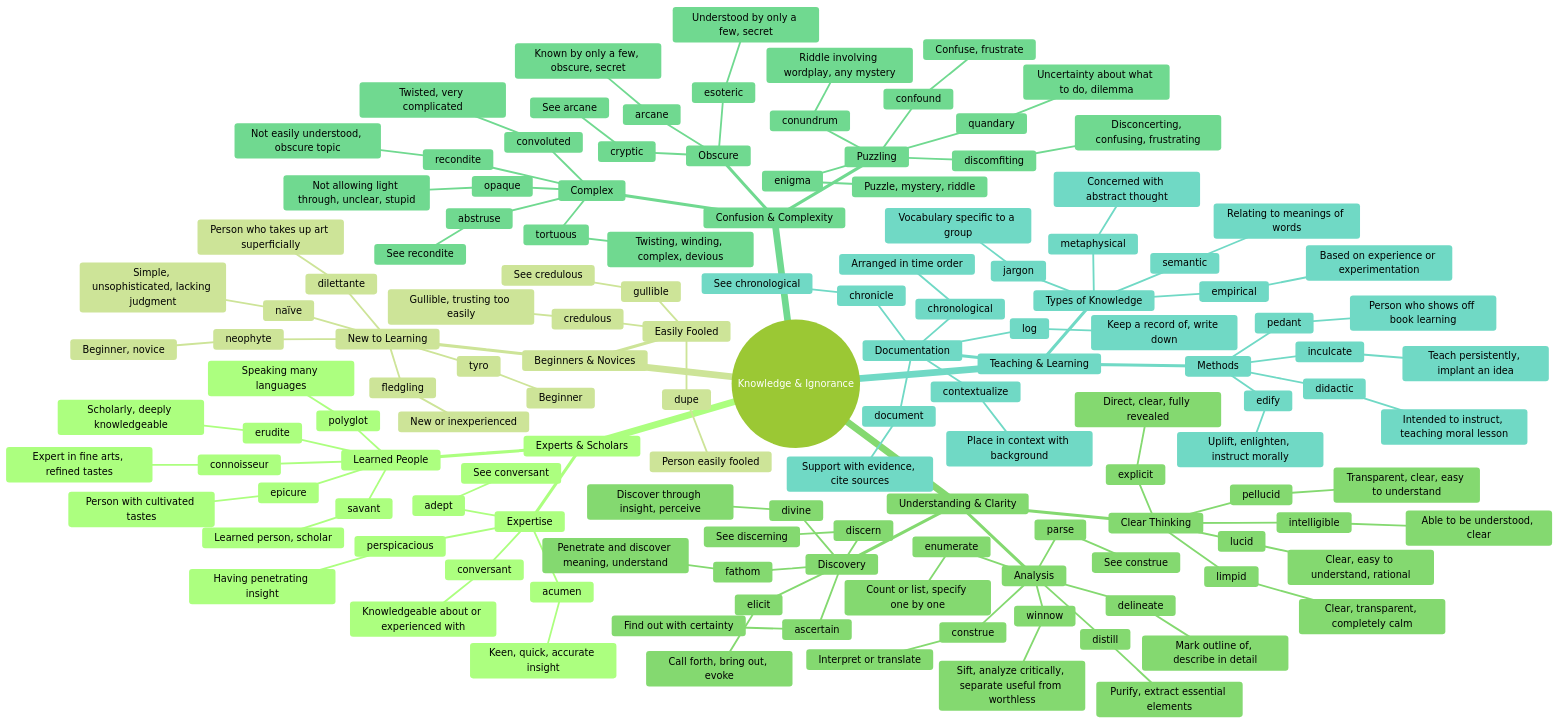
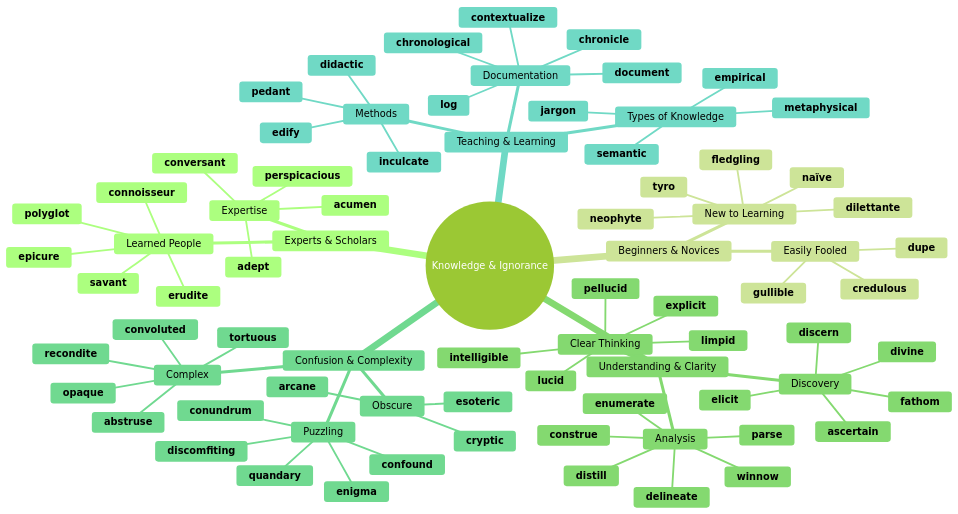
One commit to 95anantsingh/gre-preparation changed the first of 7 diagrams in mindmaps/12-knowledge-and-ignorance.md. Above: the diagram before and after it, drawn with Mermaid (forest theme). The commit also changed other lines of this file and 20 other files, not shown here.

````diff
--- a/mindmaps/12-knowledge-and-ignorance.md
+++ b/mindmaps/12-knowledge-and-ignorance.md
@@ -9,138 +7,79 @@
   root((Knowledge & Ignorance))
     Experts & Scholars
       Learned People
-        erudite
-          Scholarly, deeply knowledgeable
-        savant
-          Learned person, scholar
-        connoisseur
-          Expert in fine arts, refined tastes
-        epicure
-          Person with cultivated tastes
-        polyglot
-          Speaking many languages
+        **erudite**
+        **savant**
+        **connoisseur**
+        **epicure**
+        **polyglot**
       Expertise
-        conversant
-          Knowledgeable about or experienced with
-        adept
-          See conversant
-        acumen
-          Keen, quick, accurate insight
-        perspicacious
-          Having penetrating insight
+        **conversant**
+        **adept**
+        **acumen**
+        **perspicacious**
     Beginners & Novices
       New to Learning
-        neophyte
-          Beginner, novice
-        tyro
-          Beginner
-        fledgling
-          New or inexperienced
-        dilettante
-          Person who takes up art superficially
-        naïve
-          Simple, unsophisticated, lacking judgment
+        **neophyte**
+        **tyro**
+        **fledgling**
+        **dilettante**
+        **naïve**
       Easily Fooled
-        credulous
-          Gullible, trusting too easily
-        dupe
-          Person easily fooled
-        gullible
-          See credulous
+        **credulous**
+        **dupe**
+        **gullible**
     Understanding & Clarity
       Clear Thinking
-        lucid
-          Clear, easy to understand, rational
-        pellucid
-          Transparent, clear, easy to understand
-        limpid
-          Clear, transparent, completely calm
-        intelligible
-          Able to be understood, clear
-        explicit
-          Direct, clear, fully revealed
+        **lucid**
+        **pellucid**
+        **limpid**
+        **intelligible**
+        **explicit**
       Discovery
-        ascertain
-          Find out with certainty
-        discern
-          See discerning
-        fathom
-          Penetrate and discover meaning, understand
-        divine
-          Discover through insight, perceive
-        elicit
-          Call forth, bring out, evoke
+        **ascertain**
+        **discern**
+        **fathom**
+        **divine**
+        **elicit**
       Analysis
-        winnow
-          Sift, analyze critically, separate useful from worthless
-        distill
-          Purify, extract essential elements
-        construe
-          Interpret or translate
-        parse
-          See construe
-        delineate
-          Mark outline of, describe in detail
-        enumerate
-          Count or list, specify one by one
+        **winnow**
+        **distill**
+        **construe**
+        **parse**
+        **delineate**
+        **enumerate**
     Confusion & Complexity
       Puzzling
-        enigma
-          Puzzle, mystery, riddle
-        conundrum
-          Riddle involving wordplay, any mystery
-        quandary
-          Uncertainty about what to do, dilemma
-        confound
-          Confuse, frustrate
-        discomfiting
-          Disconcerting, confusing, frustrating
+        **enigma**
+        **conundrum**
+        **quandary**
+        **confound**
+        **discomfiting**
       Complex
-        convoluted
-          Twisted, very complicated
-        tortuous
-          Twisting, winding, complex, devious
-        recondite
-          Not easily understood, obscure topic
-        abstruse
-          See recondite
-        opaque
-          Not allowing light through, unclear, stupid
+        **convoluted**
+        **tortuous**
+        **recondite**
+        **abstruse**
+        **opaque**
       Obscure
-        arcane
-          Known by only a few, obscure, secret
-        esoteric
-          Understood by only a few, secret
-        cryptic
-          See arcane
+        **arcane**
+        **esoteric**
+        **cryptic**
     Teaching & Learning
       Methods
-        didactic
-          Intended to instruct, teaching moral lesson
-        edify
-          Uplift, enlighten, instruct morally
-        inculcate
-          Teach persistently, implant an idea
-        pedant
-          Person who shows off book learning
+        **didactic**
+        **edify**
+        **inculcate**
+        **pedant**
       Types of Knowledge
-        empirical
-          Based on experience or experimentation
-        semantic
-          Relating to meanings of words
-        metaphysical
-          Concerned with abstract thought
-        jargon
-          Vocabulary specific to a group
+        **empirical**
+        **semantic**
+        **metaphysical**
+        **jargon**
       Documentation
-        document
-          Support with evidence, cite sources
-        log
-          Keep a record of, write down
-        contextualize
-          Place in context with background
-        chronicle
-          See chronological
-        chronological
-          Arranged in time order
+        **document**
+        **log**
+        **contextualize**
+        **chronicle**
+        **chronological**
 ```
````
